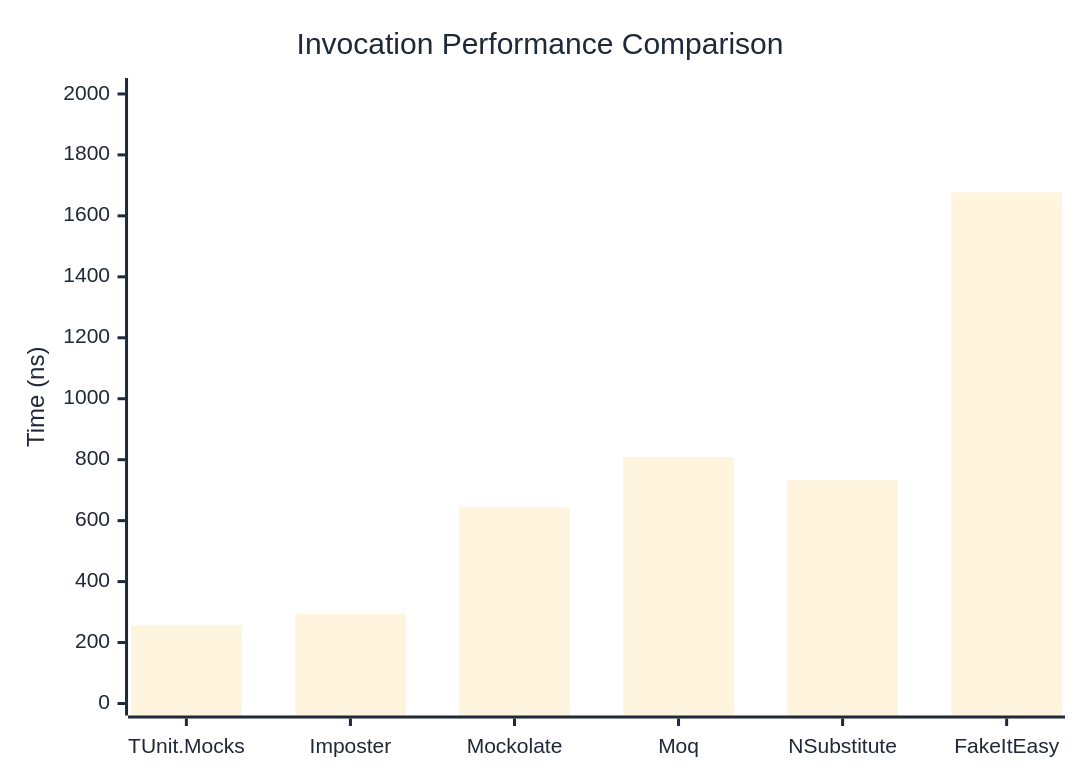
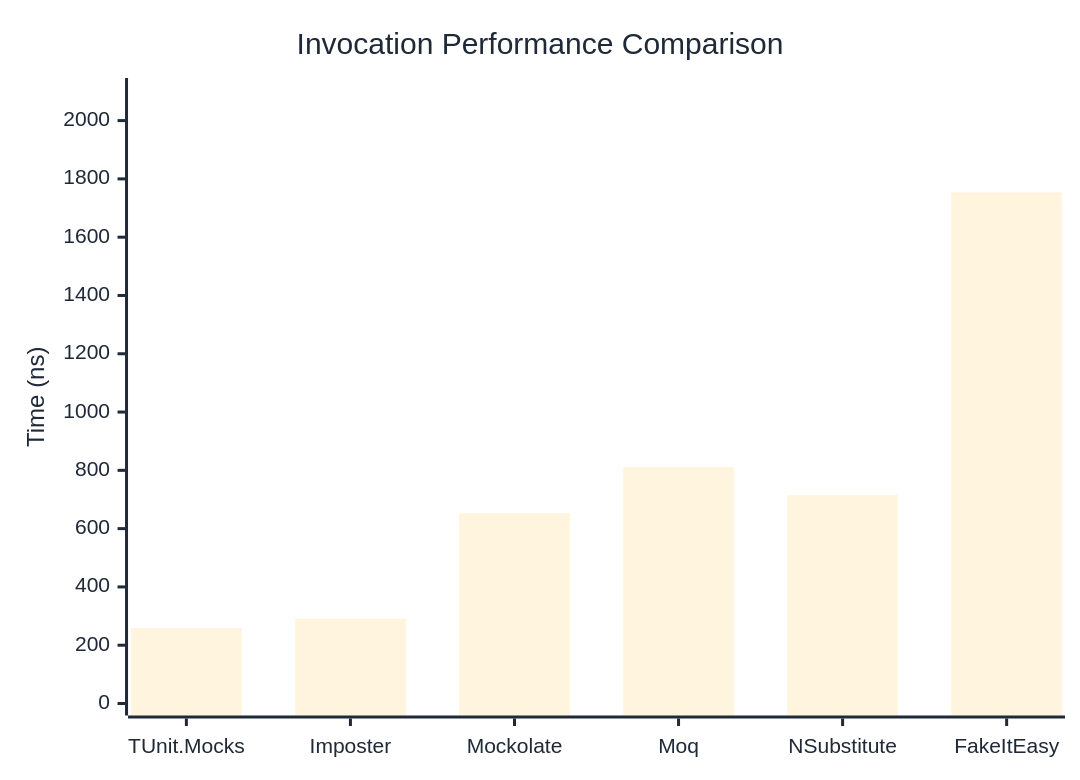
One commit to thomhurst/TUnit changed the first of 3 diagrams in docs/docs/benchmarks/mocks/Invocation.md. Above: the diagram before and after it, drawn with Mermaid. The commit also changed other lines of this file and 14 other files, not shown here.

````diff
--- a/docs/docs/benchmarks/mocks/Invocation.md
+++ b/docs/docs/benchmarks/mocks/Invocation.md
@@ -28,27 +28,27 @@
 ```mermaid
 %%{init: {
   'theme':'base',
   'themeVariables': {
     'primaryColor': '#2563eb',
     'primaryTextColor': '#1f2937',
     'primaryBorderColor': '#1e40af',
     'lineColor': '#6b7280',
     'secondaryColor': '#7c3aed',
     'tertiaryColor': '#dc2626',
     'background': '#ffffff',
     'pie1': '#2563eb',
     'pie2': '#7c3aed',
     'pie3': '#dc2626',
     'pie4': '#f59e0b',
     'pie5': '#10b981',
     'pie6': '#06b6d4',
     'pie7': '#ec4899',
     'pie8': '#6366f1'
   }
 }}%%
 xychart-beta
   title "Invocation Performance Comparison"
   x-axis ["TUnit.Mocks", "Imposter", "Mockolate", "Moq", "NSubstitute", "FakeItEasy"]
-  y-axis "Time (ns)" 0 --> 2013
-  bar [256.3, 293.4, 644.1, 808.8, 733.1, 1677.3]
+  y-axis "Time (ns)" 0 --> 2105
+  bar [258.5, 291.1, 652.8, 811.7, 714.4, 1753.6]
 ```
````
